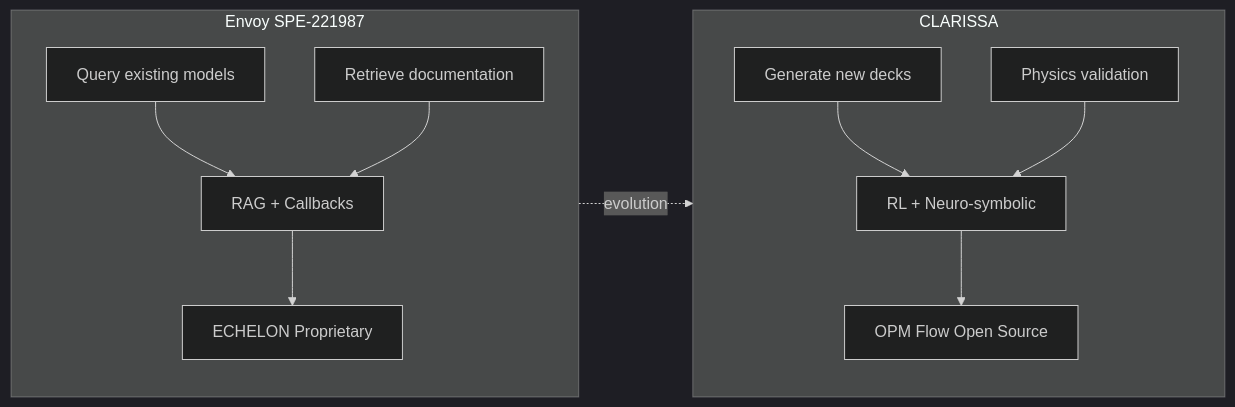
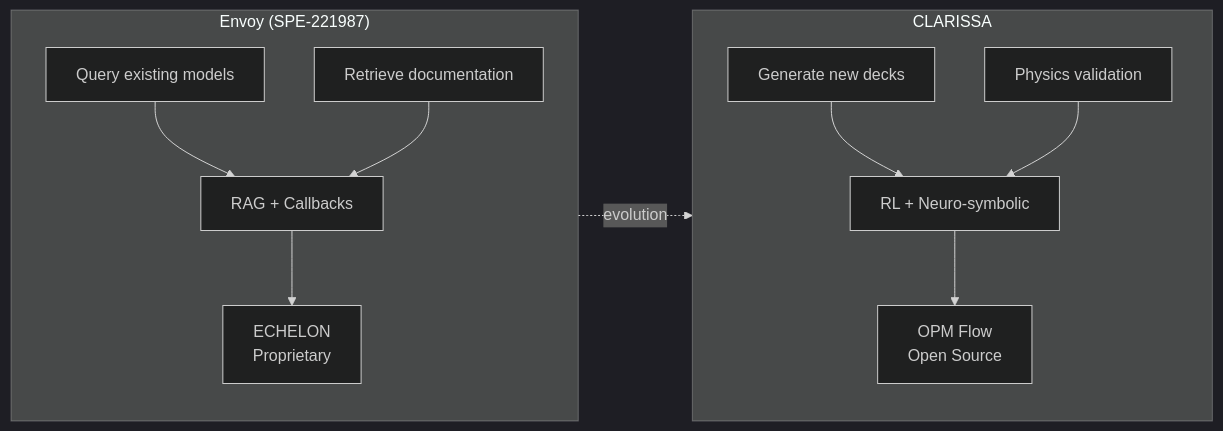
One commit to wolfram-laube/clarissa changed the third of 6 diagrams in conference/spe-europe-2026/sources/wolfram/abstract-merged.md. Above: the diagram before and after it, drawn with Mermaid (dark theme). The commit also changed other lines of this file, not shown here.

Commit message:
fix: simplify Mermaid diagrams, remove emojis (fixes rendering)

````diff
--- a/conference/spe-europe-2026/sources/wolfram/abstract-merged.md
+++ b/conference/spe-europe-2026/sources/wolfram/abstract-merged.md
@@ -106,26 +137,26 @@
 ```mermaid
 flowchart LR
-    subgraph ENVOY["Envoy SPE-221987"]
+    subgraph ENVOY["Envoy (SPE-221987)"]
         direction TB
-        E1["Query existing models"]
-        E2["Retrieve documentation"]
-        E3["RAG + Callbacks"]
-        E4["ECHELON Proprietary"]
+        E1[Query existing models]
+        E2[Retrieve documentation]
+        E3[RAG + Callbacks]
+        E4[ECHELON<br/>Proprietary]
         E1 --> E3
         E2 --> E3
         E3 --> E4
     end
 
     subgraph CLARISSA["CLARISSA"]
         direction TB
-        C1["Generate new decks"]
-        C2["Physics validation"]
-        C3["RL + Neuro-symbolic"]
-        C4["OPM Flow Open Source"]
+        C1[Generate new decks]
+        C2[Physics validation]
+        C3[RL + Neuro-symbolic]
+        C4[OPM Flow<br/>Open Source]
         C1 --> C3
         C2 --> C3
         C3 --> C4
     end
 
-    ENVOY -.->|evolution| CLARISSA
+    ENVOY -.->|"evolution"| CLARISSA
 ```
````
